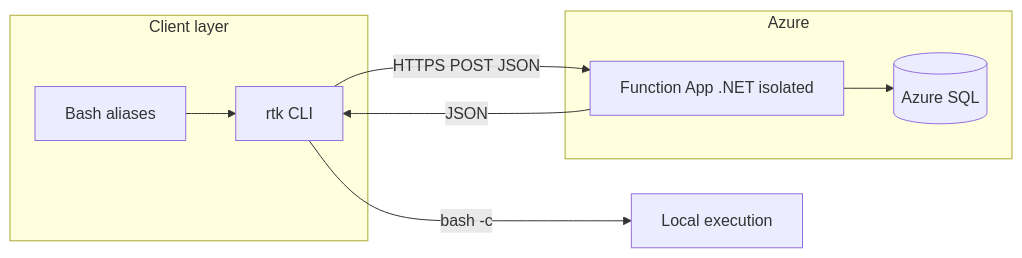
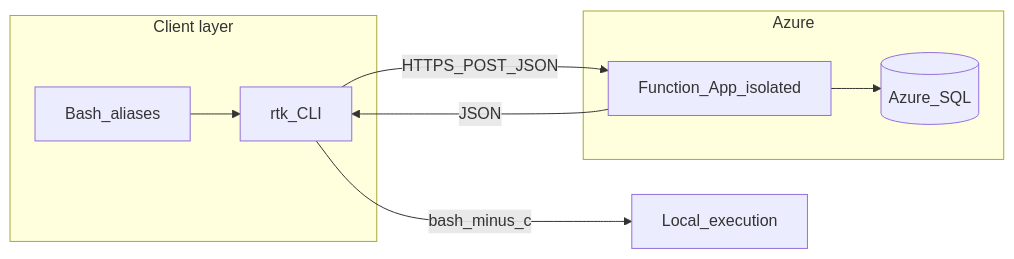
Before and after one commit to ChefRod88/rtk-orchestration-middleware: the diagram in README.md, drawn with Mermaid. The commit also changed other lines of this file, not shown here.

First line of the commit message:
README: TOC, badges, canonical URL, sharper roadmap tiers

````diff
--- a/README.md
+++ b/README.md
@@ -19,16 +41,16 @@
 ```mermaid
 flowchart LR
   subgraph client [Client layer]
-    Bash[Bash aliases]
-    RTK[rtk CLI]
+    Bash[Bash_aliases]
+    RTK[rtk_CLI]
     Bash --> RTK
   end
   subgraph cloud [Azure]
-    Fn[Function App .NET isolated]
-    Sql[(Azure SQL)]
-    RTK -->|HTTPS POST JSON| Fn
+    Fn[Function_App_isolated]
+    Sql[(Azure_SQL)]
+    RTK -->|HTTPS_POST_JSON| Fn
     Fn --> Sql
   end
-  RTK -->|bash -c| Exec[Local execution]
+  RTK -->|bash_minus_c| Exec[Local_execution]
   Fn -->|JSON| RTK
 ```
````
